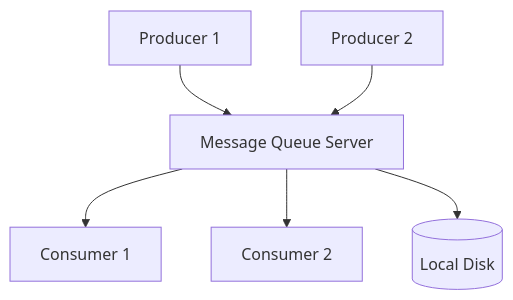
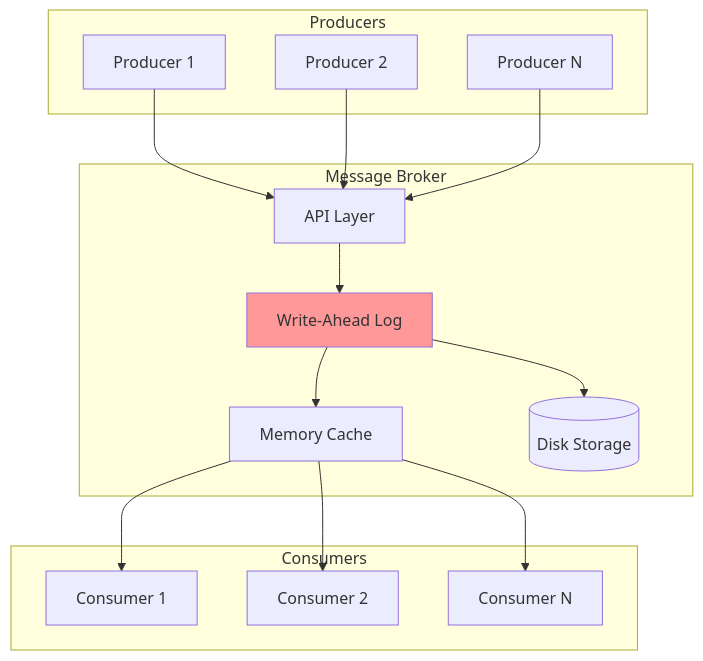
The first of 6 diagrams in docs/case-studies/distributed-message-queue.md (deepaucksharma/DStudio), drawn with Mermaid before and after one commit. The commit also changed other lines of this file and 14 other files, not shown here.

````diff
--- a/docs/case-studies/distributed-message-queue.md
+++ b/docs/case-studies/distributed-message-queue.md
@@ -47,8 +63,28 @@
 ```mermaid
-graph TD
-    P1[Producer 1] --> Q[Message Queue Server]
-    P2[Producer 2] --> Q
-    Q --> C1[Consumer 1]
-    Q --> C2[Consumer 2]
-    Q --> D[(Local Disk)]
+graph TB
+    subgraph "Producers"
+        P1[Producer 1]
+        P2[Producer 2]
+        PN[Producer N]
+    end
+    
+    subgraph "Message Broker"
+        API[API Layer]
+        WAL[Write-Ahead Log]
+        MEM[Memory Cache]
+        DISK[(Disk Storage)]
+    end
+    
+    subgraph "Consumers"
+        C1[Consumer 1]
+        C2[Consumer 2]
+        CN[Consumer N]
+    end
+    
+    P1 & P2 & PN --> API
+    API --> WAL --> DISK
+    WAL --> MEM
+    MEM --> C1 & C2 & CN
+    
+    style WAL fill:#ff9999
 ```
````
